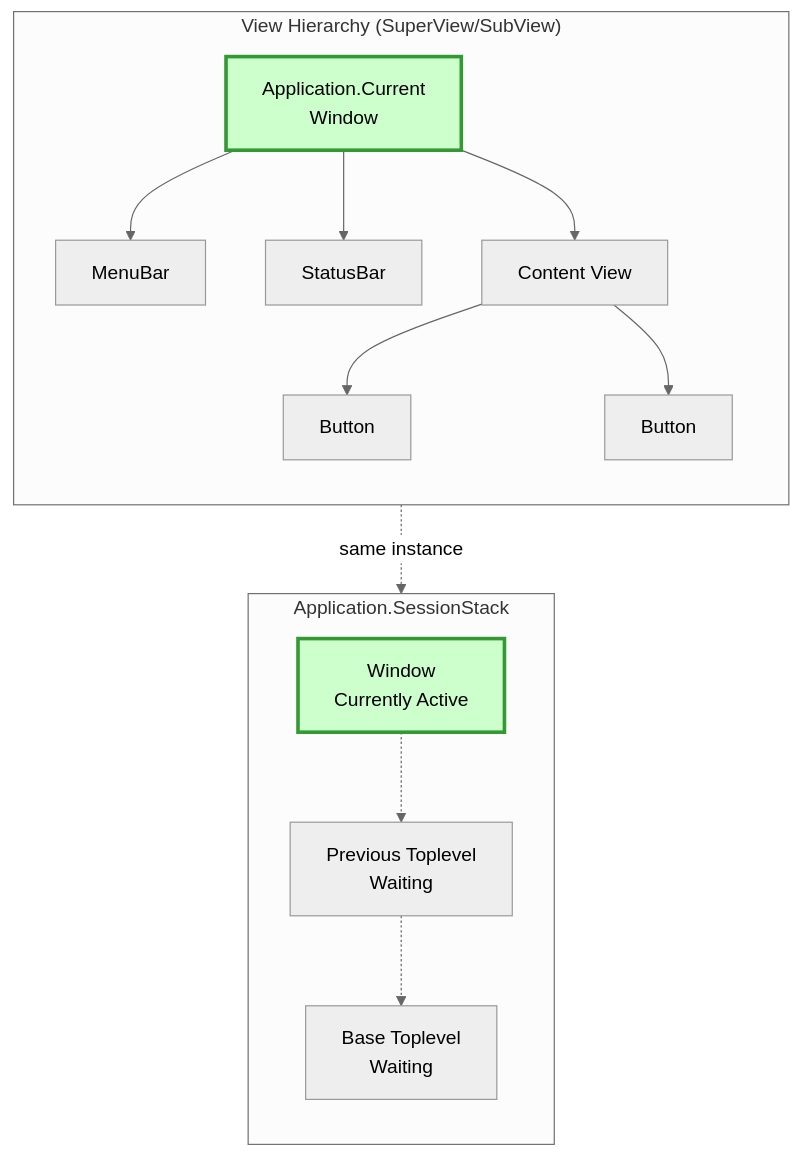
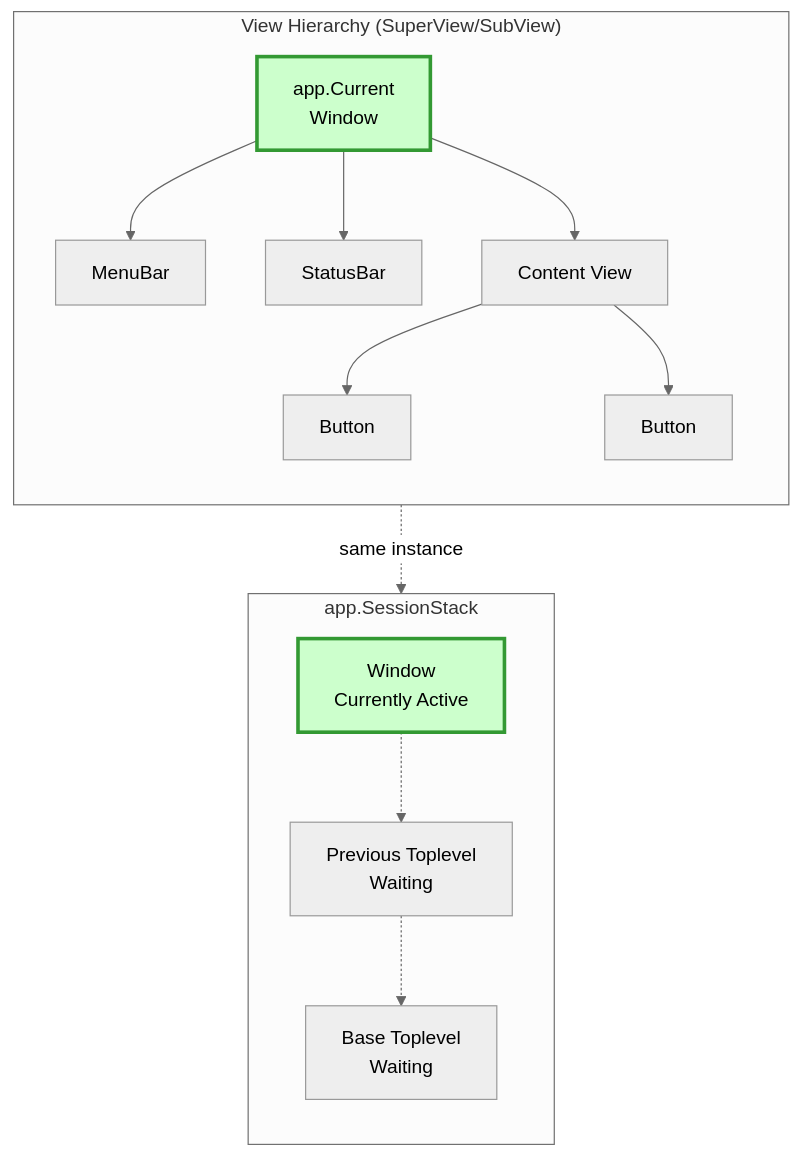
One commit to gui-cs/Terminal.Gui changed the first of 2 diagrams in docfx/docs/application.md. Above: the diagram before and after it, drawn with Mermaid (neutral theme). The commit also changed other lines of this file and 16 other files, not shown here.

First line of the commit message:
Refactor: Transition to instance-based architecture

````diff
--- a/docfx/docs/application.md
+++ b/docfx/docs/application.md
@@ -7,32 +7,32 @@
 ```mermaid
 graph TB
     subgraph ViewTree["View Hierarchy (SuperView/SubView)"]
         direction TB
-        Top[Application.Current<br/>Window]
+        Top[app.Current<br/>Window]
         Menu[MenuBar]
         Status[StatusBar]
         Content[Content View]
         Button1[Button]
         Button2[Button]
         
         Top --> Menu
         Top --> Status
         Top --> Content
         Content --> Button1
         Content --> Button2
     end
     
-    subgraph Stack["Application.SessionStack"]
+    subgraph Stack["app.SessionStack"]
         direction TB
         S1[Window<br/>Currently Active]
         S2[Previous Toplevel<br/>Waiting]
         S3[Base Toplevel<br/>Waiting]
         
         S1 -.-> S2 -.-> S3
     end
     
     Top -.->|"same instance"| S1
     
     style Top fill:#ccffcc,stroke:#339933,stroke-width:3px
     style S1 fill:#ccffcc,stroke:#339933,stroke-width:3px
 ```
````
